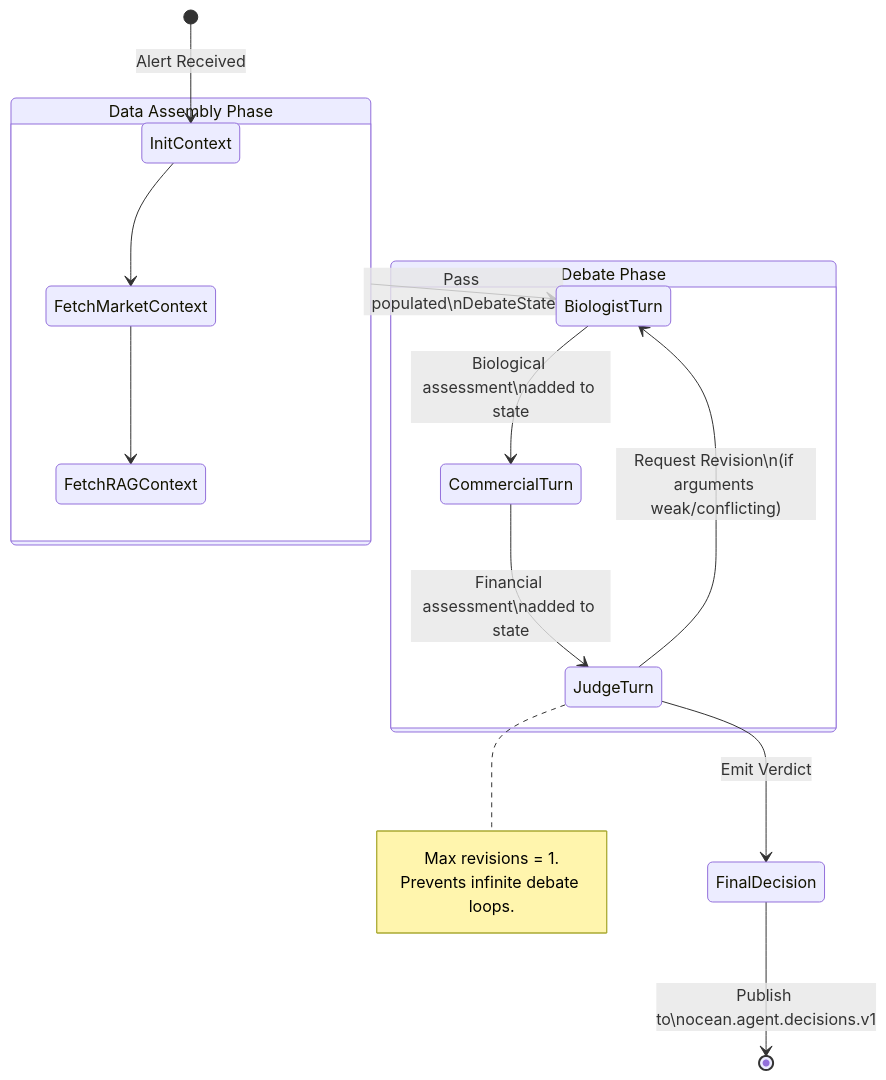
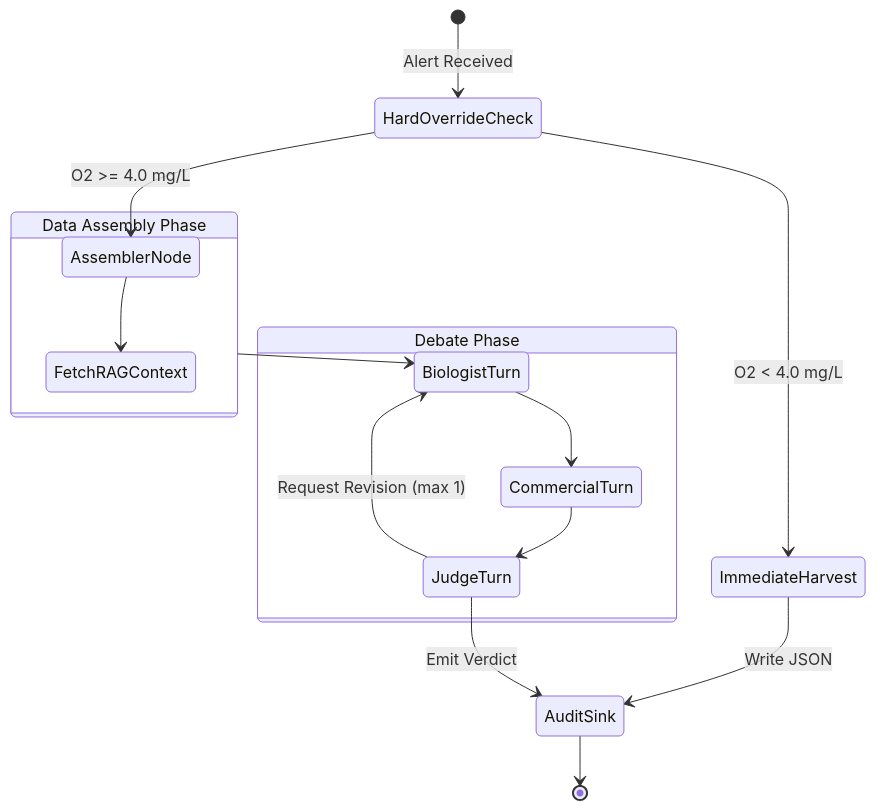
One commit to HectorZamoranoGarcia/Smart-aquaculture-AI-ecosystem changed the diagram in docs/agents-orchestration.md. Above: the diagram before and after it, drawn with Mermaid. The commit also changed other lines of this file and 3 other files, not shown here.

````diff
--- a/docs/agents-orchestration.md
+++ b/docs/agents-orchestration.md
@@ -29,27 +32,26 @@
 ```mermaid
 stateDiagram-v2
     direction TB
 
-    [*] --> InitContext : Alert Received
+    [*] --> HardOverrideCheck : Alert Received
+
+    HardOverrideCheck --> ImmediateHarvest : O2 < 4.0 mg/L
+    ImmediateHarvest --> AuditSink : Write JSON
+
+    HardOverrideCheck --> AssemblerNode : O2 >= 4.0 mg/L
 
     state "Data Assembly Phase" as AsmPhase {
-        InitContext --> FetchMarketContext
-        FetchMarketContext --> FetchRAGContext
+        AssemblerNode --> FetchRAGContext
     }
 
-    AsmPhase --> BiologistTurn : Pass populated\nDebateState
+    AsmPhase --> BiologistTurn
 
     state "Debate Phase" as DebatePhase {
-        BiologistTurn --> CommercialTurn : Biological assessment\nadded to state
-        CommercialTurn --> JudgeTurn : Financial assessment\nadded to state
-
-        JudgeTurn --> BiologistTurn : Request Revision\n(if arguments weak/conflicting)
-        note right of JudgeTurn
-            Max revisions = 1.
-            Prevents infinite debate loops.
-        end note
+        BiologistTurn --> CommercialTurn
+        CommercialTurn --> JudgeTurn
+        JudgeTurn --> BiologistTurn : Request Revision (max 1)
     }
 
-    JudgeTurn --> FinalDecision : Emit Verdict
-    FinalDecision --> [*] : Publish to\nocean.agent.decisions.v1
+    JudgeTurn --> AuditSink : Emit Verdict
+    AuditSink --> [*]
 ```
````
